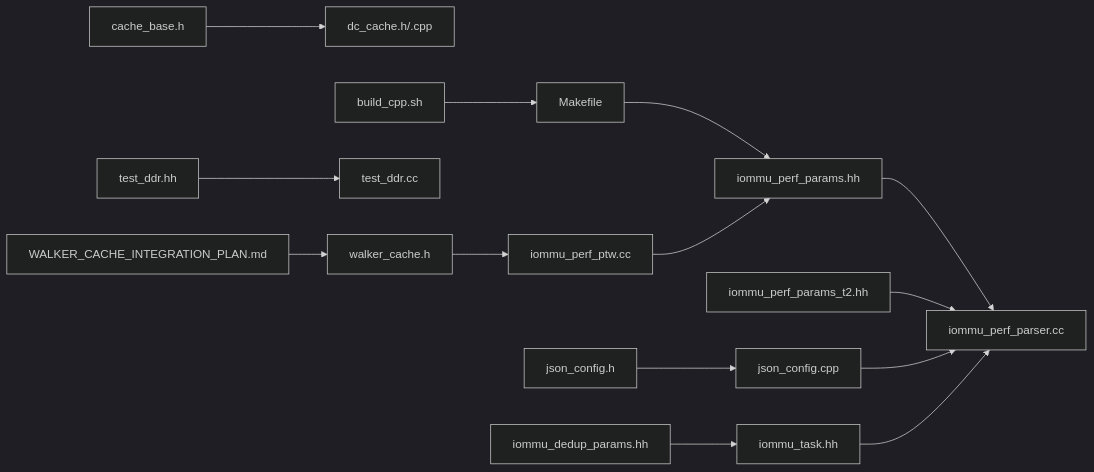
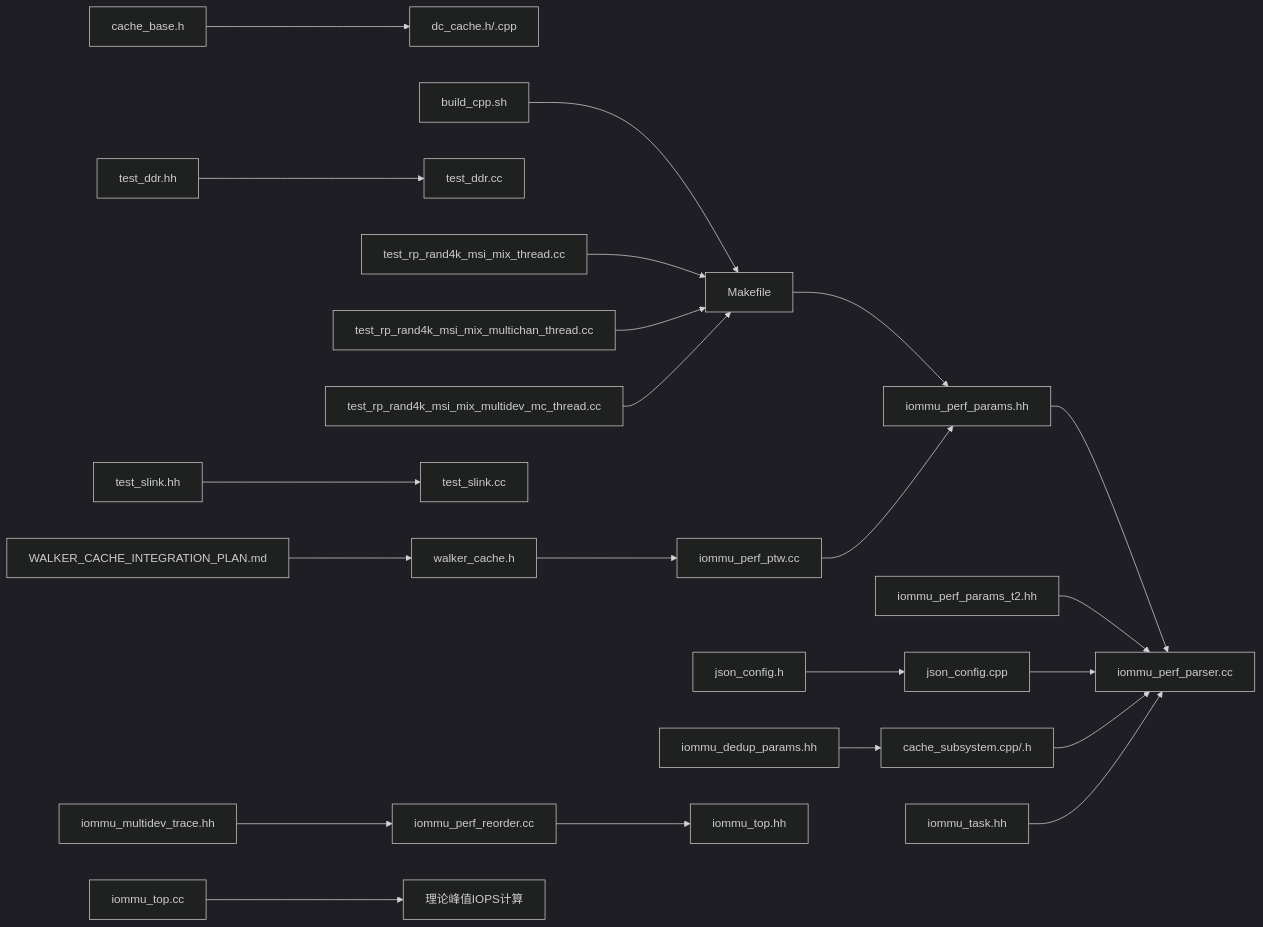
One commit to jiangjiang1122/iommu_model_20260401_v1 changed diagram 13 of 13 in .qoder/repowiki/zh/content/性能模型/性能参数配置.md. Above: the diagram before and after it, drawn with Mermaid (dark theme). The commit also changed other lines of this file and 55 other files, not shown here.

First line of the commit message:
perf(iommu): 去重单元机制v2全场景落地 严格优先仲裁UPD>INS>REQ + UPDATE可变原子段

````diff
--- a/.qoder/repowiki/zh/content/性能模型/性能参数配置.md
+++ b/.qoder/repowiki/zh/content/性能模型/性能参数配置.md
@@ -436,16 +1345,24 @@
 ```mermaid
 graph LR
 PP["iommu_perf_params.hh"] --> PR["iommu_perf_parser.cc"]
 PP2["iommu_perf_params_t2.hh"] --> PR
 JC["json_config.cpp"] --> PR
 JH["json_config.h"] --> JC
 CB["cache_base.h"] --> DC["dc_cache.h/.cpp"]
+DP["iommu_dedup_params.hh"] --> CS["cache_subsystem.cpp/.h"]
+CS --> PR
 TS["iommu_task.hh"] --> PR
-DP["iommu_dedup_params.hh"] --> TS
 MK["Makefile"] --> PP
 WC["walker_cache.h"] --> PT["iommu_perf_ptw.cc"]
 PT --> PP
 WCI["WALKER_CACHE_INTEGRATION_PLAN.md"] --> WC
 DDRH["test_ddr.hh"] --> DDRC["test_ddr.cc"]
 BSC["build_cpp.sh"] --> MK
+T1["test_rp_rand4k_msi_mix_thread.cc"] --> MK
+MD["iommu_multidev_trace.hh"] --> RO["iommu_perf_reorder.cc"]
+RO --> TH["iommu_top.hh"]
+SLH["test_slink.hh"] --> SLL["test_slink.cc"]
+MCT["test_rp_rand4k_msi_mix_multichan_thread.cc"] --> MK
+MDMC["test_rp_rand4k_msi_mix_multidev_mc_thread.cc"] --> MK
+IPB["iommu_top.cc"] --> IT["理论峰值IOPS计算"]
 ```
````
